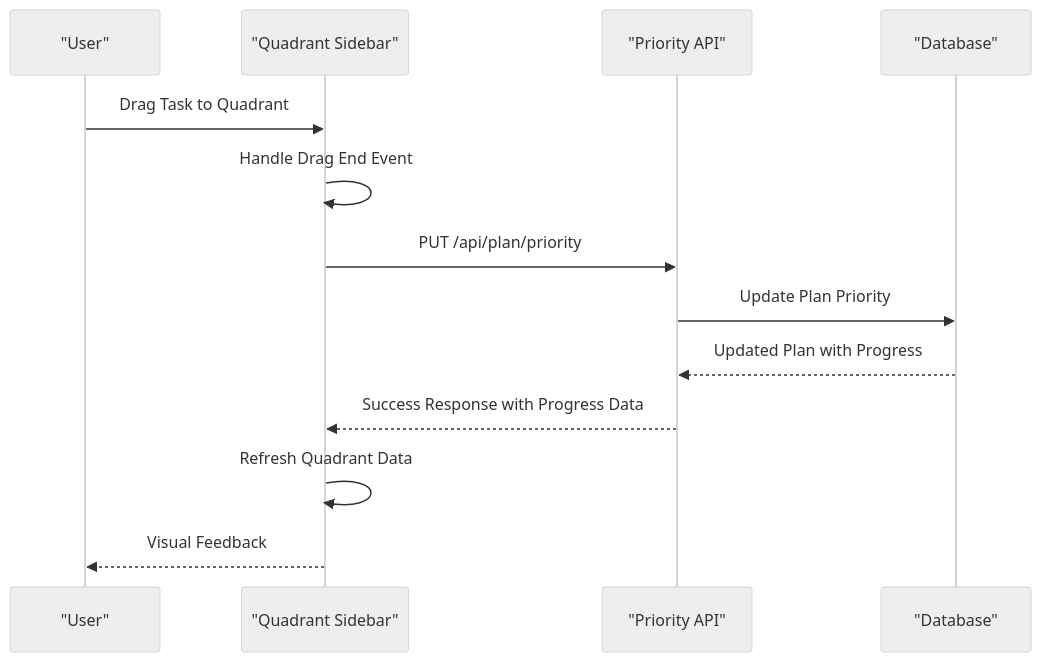
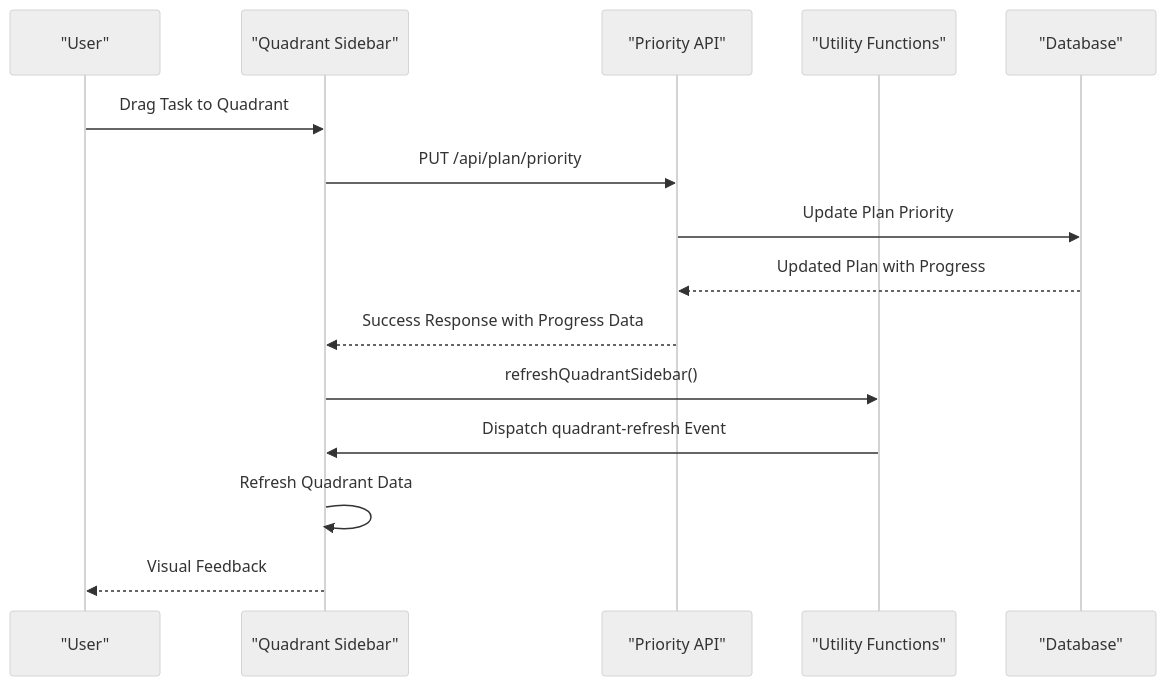
The eighth of 12 diagrams in .qoder/repowiki/en/content/API Reference/Enhanced Plan Management Endpoints.md (peixuanhu/goal-mate), drawn with Mermaid (neutral theme) before and after one commit. The commit also changed other lines of this file and 6 other files, not shown here.

````diff
--- a/.qoder/repowiki/en/content/API Reference/Enhanced Plan Management Endpoints.md
+++ b/.qoder/repowiki/en/content/API Reference/Enhanced Plan Management Endpoints.md
@@ -359,15 +406,17 @@
 ```mermaid
 sequenceDiagram
 participant User as "User"
 participant Sidebar as "Quadrant Sidebar"
 participant API as "Priority API"
+participant Utils as "Utility Functions"
 participant DB as "Database"
 User->>Sidebar : Drag Task to Quadrant
-Sidebar->>Sidebar : Handle Drag End Event
 Sidebar->>API : PUT /api/plan/priority
 API->>DB : Update Plan Priority
 DB-->>API : Updated Plan with Progress
 API-->>Sidebar : Success Response with Progress Data
+Sidebar->>Utils : refreshQuadrantSidebar()
+Utils->>Sidebar : Dispatch quadrant-refresh Event
 Sidebar->>Sidebar : Refresh Quadrant Data
 Sidebar-->>User : Visual Feedback
 ```
````
